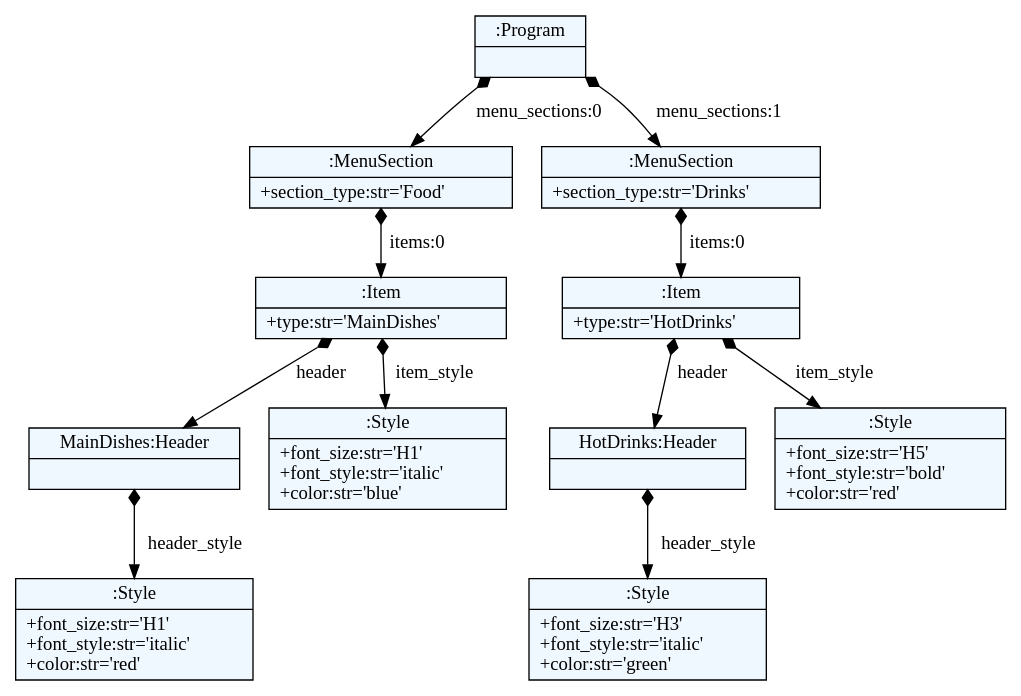
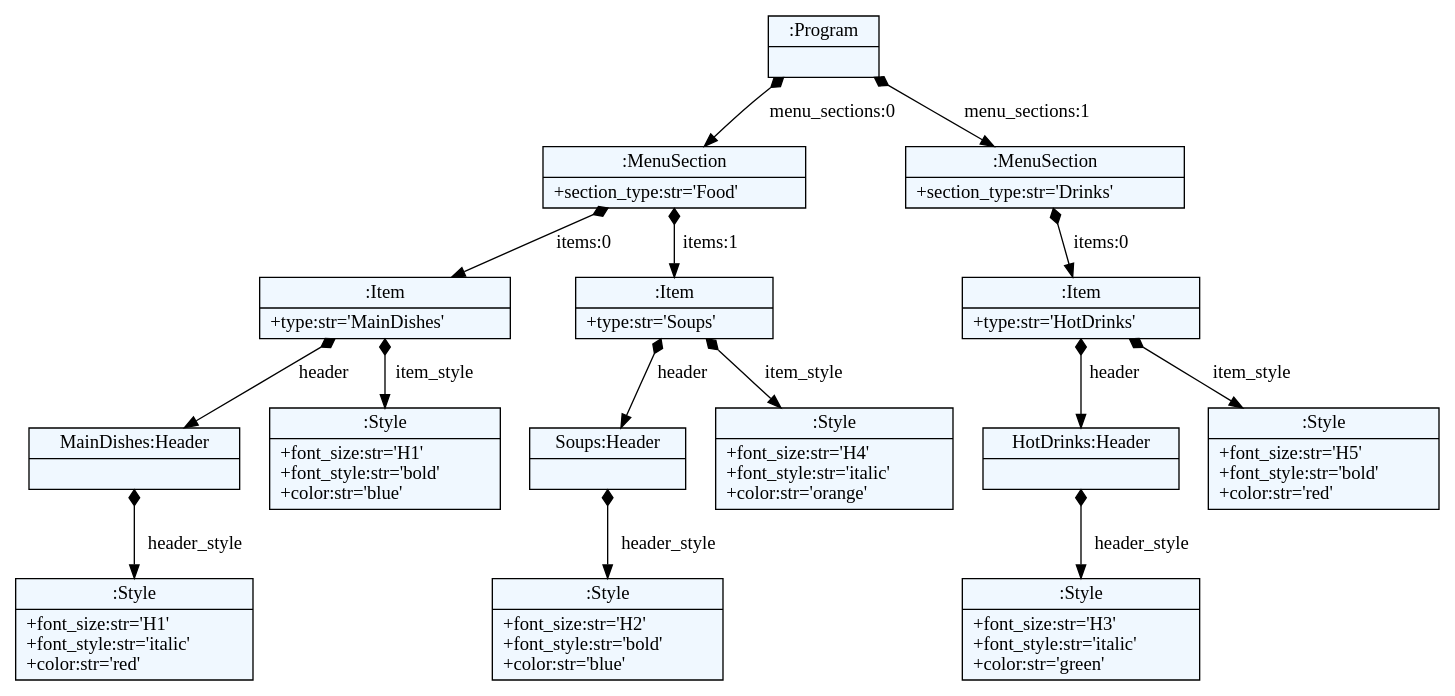
The diagram in menuDSL/example.dot (marijamilanovic/DSL), drawn with Graphviz before and after one commit. The commit also changed 5 other files, not shown here.

```diff
--- a/menuDSL/example.dot
+++ b/menuDSL/example.dot
@@ -1,36 +1,44 @@
 
     digraph textX {
     fontname = "Bitstream Vera Sans"
     fontsize = 8
     node[
         shape=record,
         style=filled,
         fillcolor=aliceblue
     ]
     nodesep = 0.3
     edge[dir=black,arrowtail=empty]
 
 
-1862166365616 -> 1862166364752 [label="menu_sections:0" arrowtail=diamond dir=both]
-1862166364752 -> 1862166370272 [label="items:0" arrowtail=diamond dir=both]
-1862166370272 -> 1862166370416 [label="header" arrowtail=diamond dir=both]
-1862166370416 -> 1862166370560 [label="header_style" arrowtail=diamond dir=both]
-1862166370560[label="{:Style|+font_size:str='H1'\l+font_style:str='italic'\l+color:str='red'\l}"]
-1862166370416[label="{MainDishes:Header|}"]
-1862166370272 -> 1862166370512 [label="item_style" arrowtail=diamond dir=both]
-1862166370512[label="{:Style|+font_size:str='H1'\l+font_style:str='italic'\l+color:str='blue'\l}"]
-1862166370272[label="{:Item|+type:str='MainDishes'\l}"]
-1862166364752[label="{:MenuSection|+section_type:str='Food'\l}"]
-1862166365616 -> 1862166370176 [label="menu_sections:1" arrowtail=diamond dir=both]
-1862166370176 -> 1862166370608 [label="items:0" arrowtail=diamond dir=both]
-1862166370608 -> 1862166370704 [label="header" arrowtail=diamond dir=both]
-1862166370704 -> 1862166370848 [label="header_style" arrowtail=diamond dir=both]
-1862166370848[label="{:Style|+font_size:str='H3'\l+font_style:str='italic'\l+color:str='green'\l}"]
-1862166370704[label="{HotDrinks:Header|}"]
-1862166370608 -> 1862166370800 [label="item_style" arrowtail=diamond dir=both]
-1862166370800[label="{:Style|+font_size:str='H5'\l+font_style:str='bold'\l+color:str='red'\l}"]
-1862166370608[label="{:Item|+type:str='HotDrinks'\l}"]
-1862166370176[label="{:MenuSection|+section_type:str='Drinks'\l}"]
-1862166365616[label="{:Program|}"]
+2306911437200 -> 2306911438016 [label="menu_sections:0" arrowtail=diamond dir=both]
+2306911438016 -> 2306911445072 [label="items:0" arrowtail=diamond dir=both]
+2306911445072 -> 2306911445216 [label="header" arrowtail=diamond dir=both]
+2306911445216 -> 2306911445360 [label="header_style" arrowtail=diamond dir=both]
+2306911445360[label="{:Style|+font_size:str='H1'\l+font_style:str='italic'\l+color:str='red'\l}"]
+2306911445216[label="{MainDishes:Header|}"]
+2306911445072 -> 2306911445312 [label="item_style" arrowtail=diamond dir=both]
+2306911445312[label="{:Style|+font_size:str='H1'\l+font_style:str='bold'\l+color:str='blue'\l}"]
+2306911445072[label="{:Item|+type:str='MainDishes'\l}"]
+2306911438016 -> 2306911445120 [label="items:1" arrowtail=diamond dir=both]
+2306911445120 -> 2306911445408 [label="header" arrowtail=diamond dir=both]
+2306911445408 -> 2306911445552 [label="header_style" arrowtail=diamond dir=both]
+2306911445552[label="{:Style|+font_size:str='H2'\l+font_style:str='bold'\l+color:str='blue'\l}"]
+2306911445408[label="{Soups:Header|}"]
+2306911445120 -> 2306911445504 [label="item_style" arrowtail=diamond dir=both]
+2306911445504[label="{:Style|+font_size:str='H4'\l+font_style:str='italic'\l+color:str='orange'\l}"]
+2306911445120[label="{:Item|+type:str='Soups'\l}"]
+2306911438016[label="{:MenuSection|+section_type:str='Food'\l}"]
+2306911437200 -> 2306911444976 [label="menu_sections:1" arrowtail=diamond dir=both]
+2306911444976 -> 2306911445648 [label="items:0" arrowtail=diamond dir=both]
+2306911445648 -> 2306911445744 [label="header" arrowtail=diamond dir=both]
+2306911445744 -> 2306911445888 [label="header_style" arrowtail=diamond dir=both]
+2306911445888[label="{:Style|+font_size:str='H3'\l+font_style:str='italic'\l+color:str='green'\l}"]
+2306911445744[label="{HotDrinks:Header|}"]
+2306911445648 -> 2306911445840 [label="item_style" arrowtail=diamond dir=both]
+2306911445840[label="{:Style|+font_size:str='H5'\l+font_style:str='bold'\l+color:str='red'\l}"]
+2306911445648[label="{:Item|+type:str='HotDrinks'\l}"]
+2306911444976[label="{:MenuSection|+section_type:str='Drinks'\l}"]
+2306911437200[label="{:Program|}"]
 
 }
```
